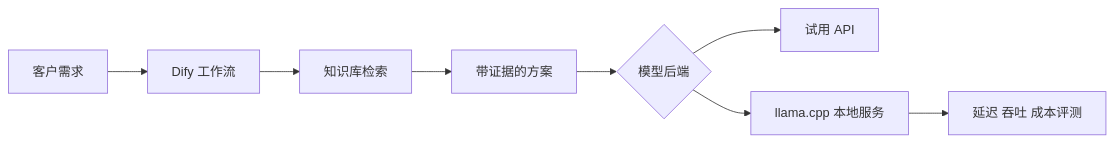
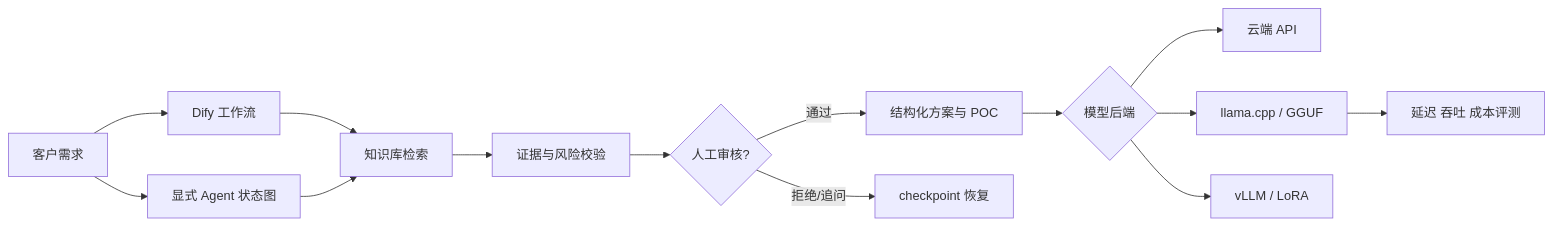
Before and after one commit to Lukesour/ai-presales-lab: the diagram in README.md, drawn with Mermaid. The commit also changed other lines of this file and 68 other files, not shown here.

````diff
--- a/README.md
+++ b/README.md
@@ -105,10 +162,16 @@
 ```mermaid
 flowchart LR
     A[客户需求] --> B[Dify 工作流]
+    A --> I[显式 Agent 状态图]
     B --> C[知识库检索]
-    C --> D[带证据的方案]
-    D --> E{模型后端}
-    E --> F[试用 API]
-    E --> G[llama.cpp 本地服务]
-    G --> H[延迟 吞吐 成本评测]
+    I --> C
+    C --> D[证据与风险校验]
+    D --> E{人工审核?}
+    E -->|通过| F[结构化方案与 POC]
+    E -->|拒绝/追问| G[checkpoint 恢复]
+    F --> H{模型后端}
+    H --> J[云端 API]
+    H --> K[llama.cpp / GGUF]
+    H --> L[vLLM / LoRA]
+    K --> M[延迟 吞吐 成本评测]
 ```
````
